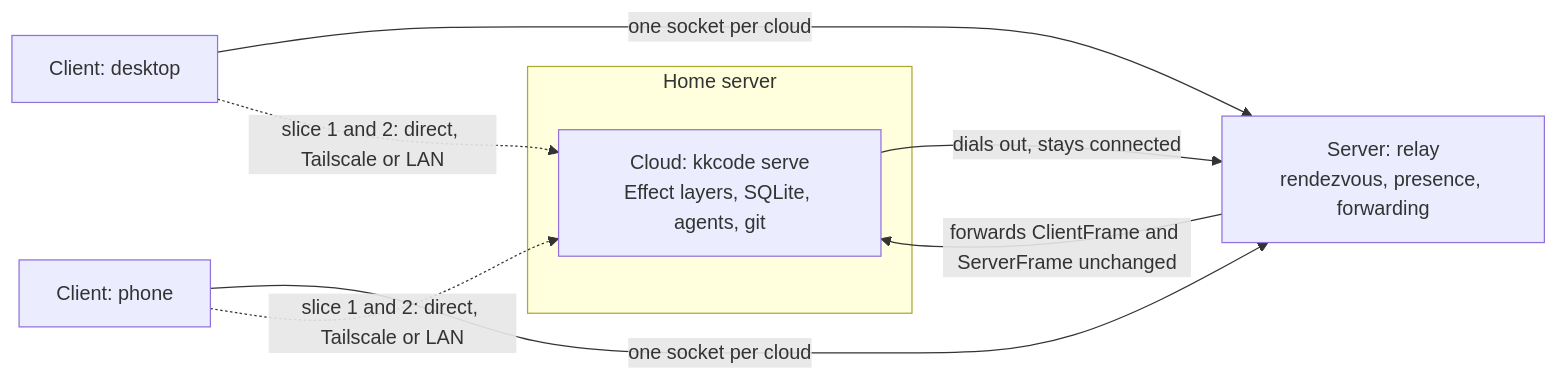
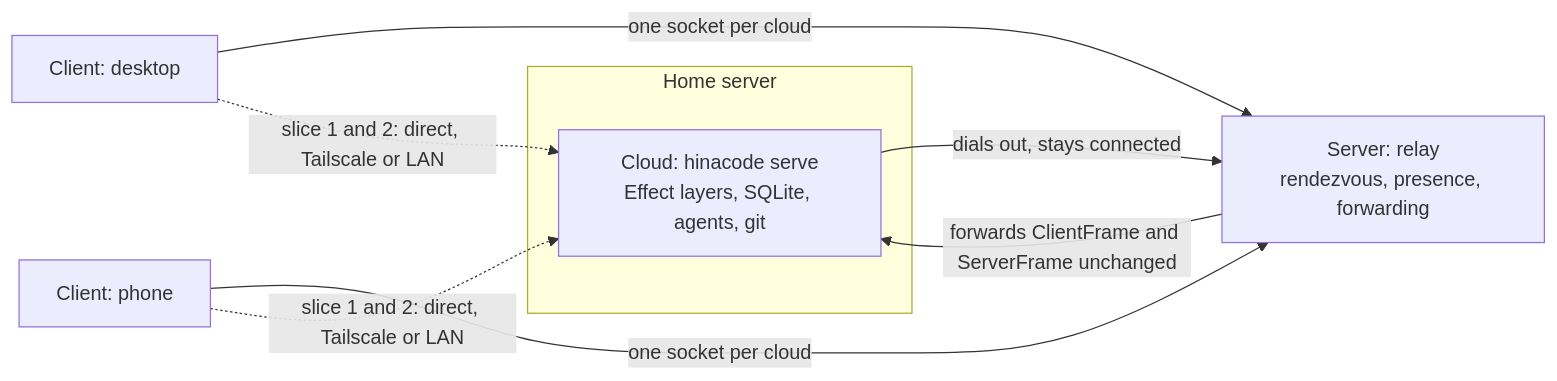
One commit to hinadev-ai/hinacode changed the diagram in docs/features/2026-10-14-remote-clouds.md. Above: the diagram before and after it, drawn with Mermaid. The commit also changed other lines of this file and 238 other files, not shown here.

````diff
--- a/docs/features/2026-10-14-remote-clouds.md
+++ b/docs/features/2026-10-14-remote-clouds.md
@@ -34,14 +34,14 @@
 ```mermaid
 flowchart LR
   subgraph home["Home server"]
-    cloud["Cloud: kkcode serve<br/>Effect layers, SQLite, agents, git"]
+    cloud["Cloud: hinacode serve<br/>Effect layers, SQLite, agents, git"]
   end
   server["Server: relay<br/>rendezvous, presence, forwarding"]
   desktop["Client: desktop"]
   phone["Client: phone"]
 
   cloud -- "dials out, stays connected" --> server
   desktop & phone -- "one socket per cloud" --> server
   server -- "forwards ClientFrame and ServerFrame unchanged" --> cloud
   desktop & phone -. "slice 1 and 2: direct, Tailscale or LAN" .-> cloud
 ```
````
